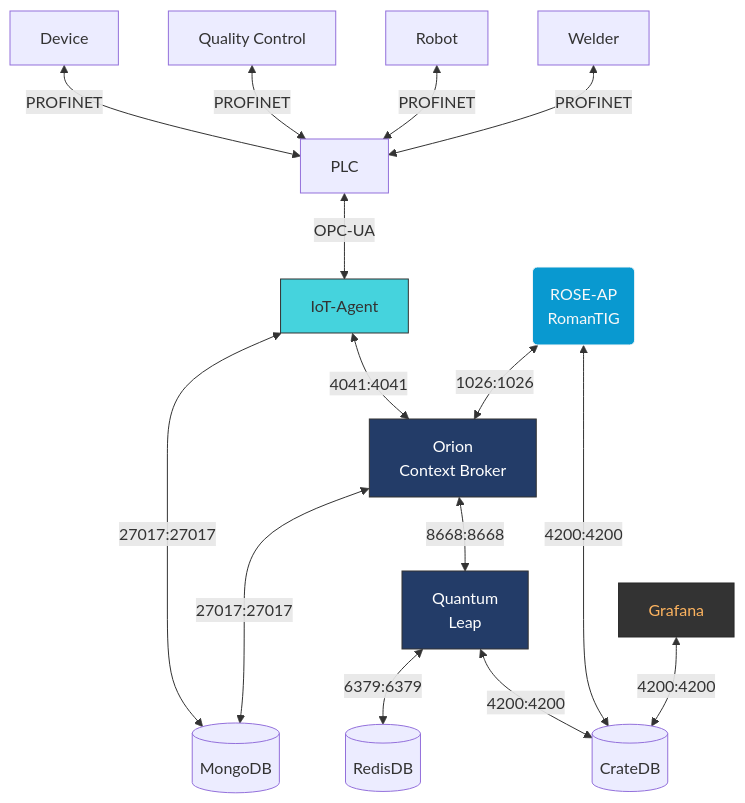
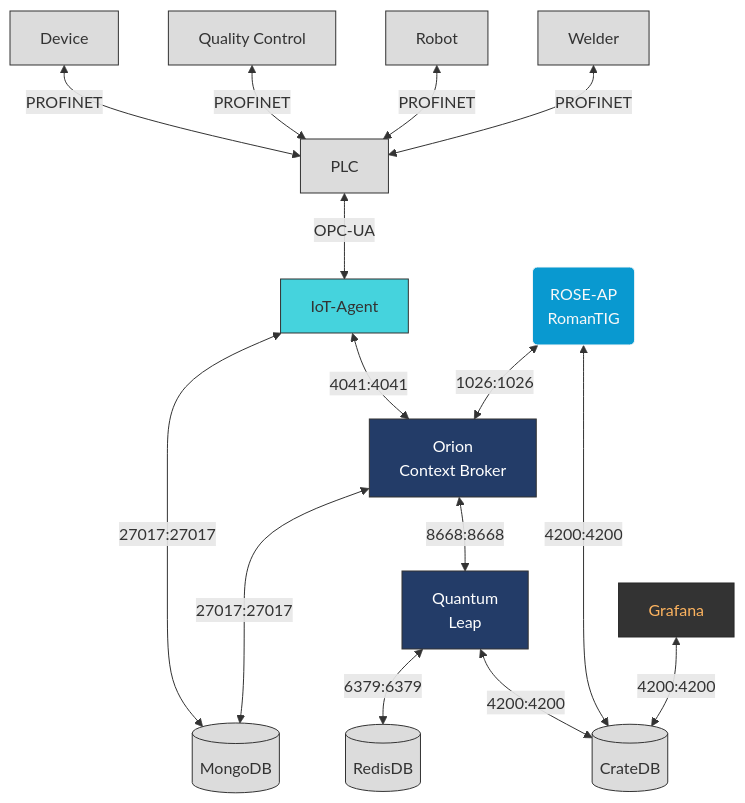
One commit to claret-srl/ROMANTIG changed the second of 2 diagrams in README.md. Above: the diagram before and after it, drawn with Mermaid. The commit also changed other lines of this file, not shown here.

````diff
--- a/README.md
+++ b/README.md
@@ -128,31 +130,31 @@
 ```mermaid
   flowchart TD
     Welder[Welder]
     Robot[Robot]
     QC[Quality Control]
     Device[Device]
     PLC[PLC]
     IoT-Agent[IoT-Agent]:::Cyan
     Orion[Orion \n Context Broker]:::DarkBlue
     Quantumleap[Quantum \n Leap]:::DarkBlue
     ROSE-AP(ROSE-AP \n RomanTIG):::Claret
     Redis[(RedisDB)]
     Mongo[(MongoDB)]
     Crate[(CrateDB)]
     Grafana[Grafana]:::Grafana
 
     Orion & IoT-Agent <--27017:27017---> Mongo
     ROSE-AP <--1026:1026--> Orion
     Quantumleap <--6379:6379--> Redis
     Welder & Robot & QC & Device <--PROFINET--> PLC <--OPC-UA--> IoT-Agent <--4041:4041--> Orion <--8668:8668--> Quantumleap
     Grafana <--4200:4200--> Crate
     ROSE-AP  & Quantumleap <--4200:4200--> Crate
-
+    
 classDef DarkBlue fill:#233C68,stroke:#333,color:#FFF
 classDef Cyan fill:#45D3DD,stroke:#333,color:#333
 classDef Gainsboro fill:Gainsboro,stroke:#333,color:#333
 classDef Grafana fill:#333,Stroke:#282828,color:#FCB35F
 classDef Claret fill:#0999D0,Stroke:#F8F8F8,color:#F8F8F8
 
-class Crate,Mongo,Redis Gainsboro,Welder,Robot,QC,Device,PLC
+class Crate,Mongo,Redis,Welder,Robot,QC,Device,PLC Gainsboro
 ```
````
